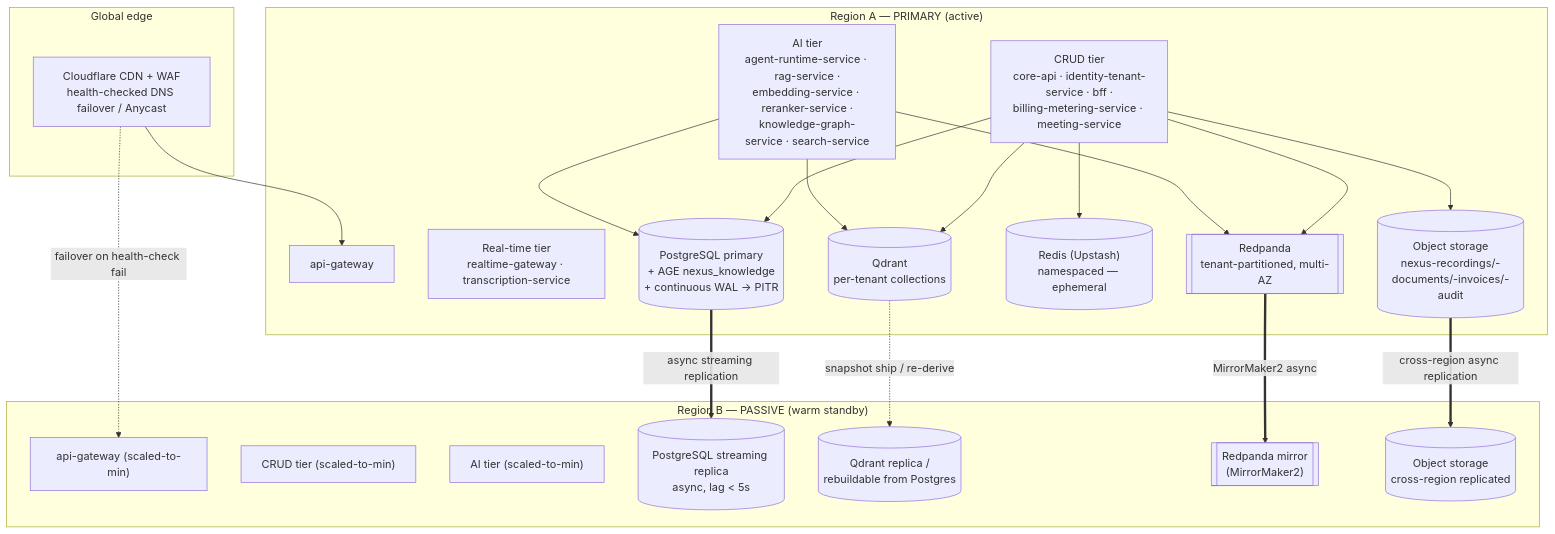
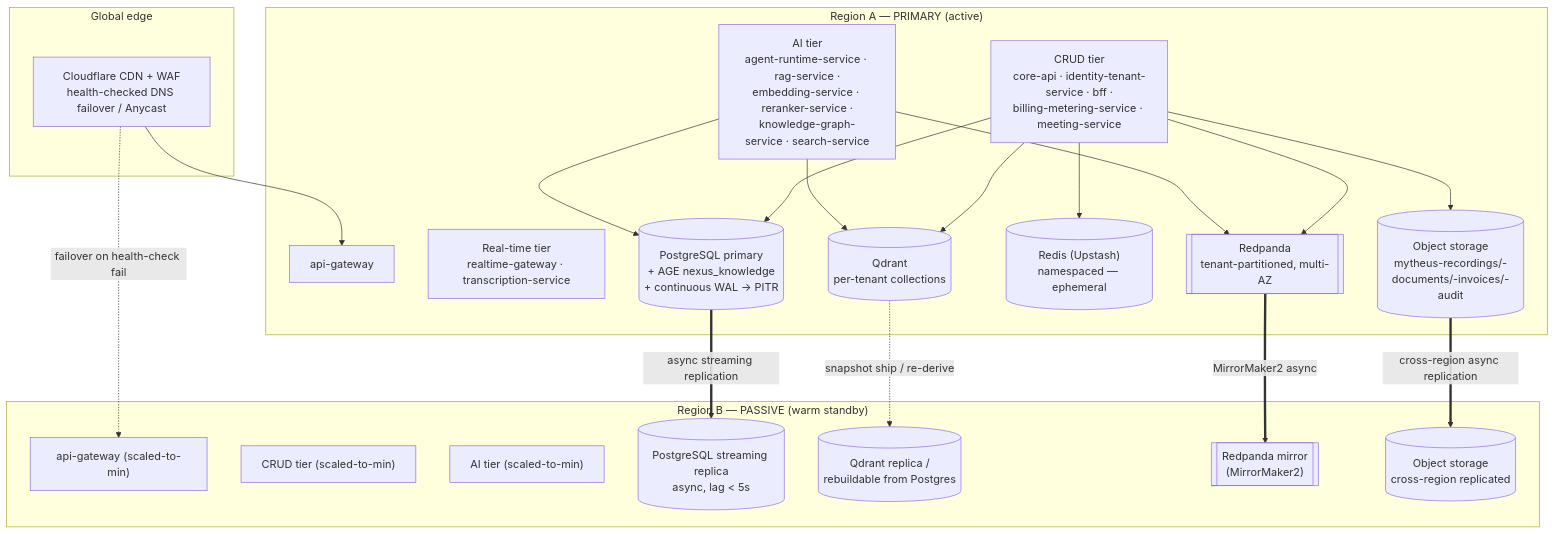
The first of 7 diagrams in 14-reliability-and-dr.md (Mytheus-AI/mytheus-docs), drawn with Mermaid before and after one commit. The commit also changed other lines of this file and 28 other files, not shown here.

First line of the commit message:
docs: rename the object storage buckets from nexus-* to mytheus-* (ADR-0028)

````diff
--- a/14-reliability-and-dr.md
+++ b/14-reliability-and-dr.md
@@ -56,37 +56,37 @@
 ```mermaid
 flowchart TB
   subgraph DNS["Global edge"]
     CF["Cloudflare CDN + WAF<br/>health-checked DNS failover / Anycast"]
   end
 
   subgraph PRIMARY["Region A — PRIMARY (active)"]
     GWA["api-gateway"]
     CRUDA["CRUD tier<br/>core-api · identity-tenant-service · bff ·<br/>billing-metering-service · meeting-service"]
     RTA["Real-time tier<br/>realtime-gateway · transcription-service"]
     AIA["AI tier<br/>agent-runtime-service · rag-service ·<br/>embedding-service · reranker-service ·<br/>knowledge-graph-service · search-service"]
     PGA[("PostgreSQL primary<br/>+ AGE nexus_knowledge<br/>+ continuous WAL → PITR")]
     QDA[("Qdrant<br/>per-tenant collections")]
     RDA[("Redis (Upstash)<br/>namespaced — ephemeral")]
     RPA[["Redpanda<br/>tenant-partitioned, multi-AZ"]]
-    OBJA[("Object storage<br/>nexus-recordings/-documents/-invoices/-audit")]
+    OBJA[("Object storage<br/>mytheus-recordings/-documents/-invoices/-audit")]
   end
 
   subgraph PASSIVE["Region B — PASSIVE (warm standby)"]
     GWB["api-gateway (scaled-to-min)"]
     CRUDB["CRUD tier (scaled-to-min)"]
     AIB["AI tier (scaled-to-min)"]
     PGB[("PostgreSQL streaming replica<br/>async, lag < 5s")]
     QDB[("Qdrant replica /<br/>rebuildable from Postgres")]
     RPB[["Redpanda mirror<br/>(MirrorMaker2)"]]
     OBJB[("Object storage<br/>cross-region replicated")]
   end
 
   CF --> GWA
   CF -.->|"failover on health-check fail"| GWB
   PGA ==>|"async streaming replication"| PGB
   RPA ==>|"MirrorMaker2 async"| RPB
   OBJA ==>|"cross-region async replication"| OBJB
   QDA -.->|"snapshot ship / re-derive"| QDB
   CRUDA --> PGA & QDA & RDA & RPA & OBJA
   AIA --> PGA & QDA & RPA
 ```
````
